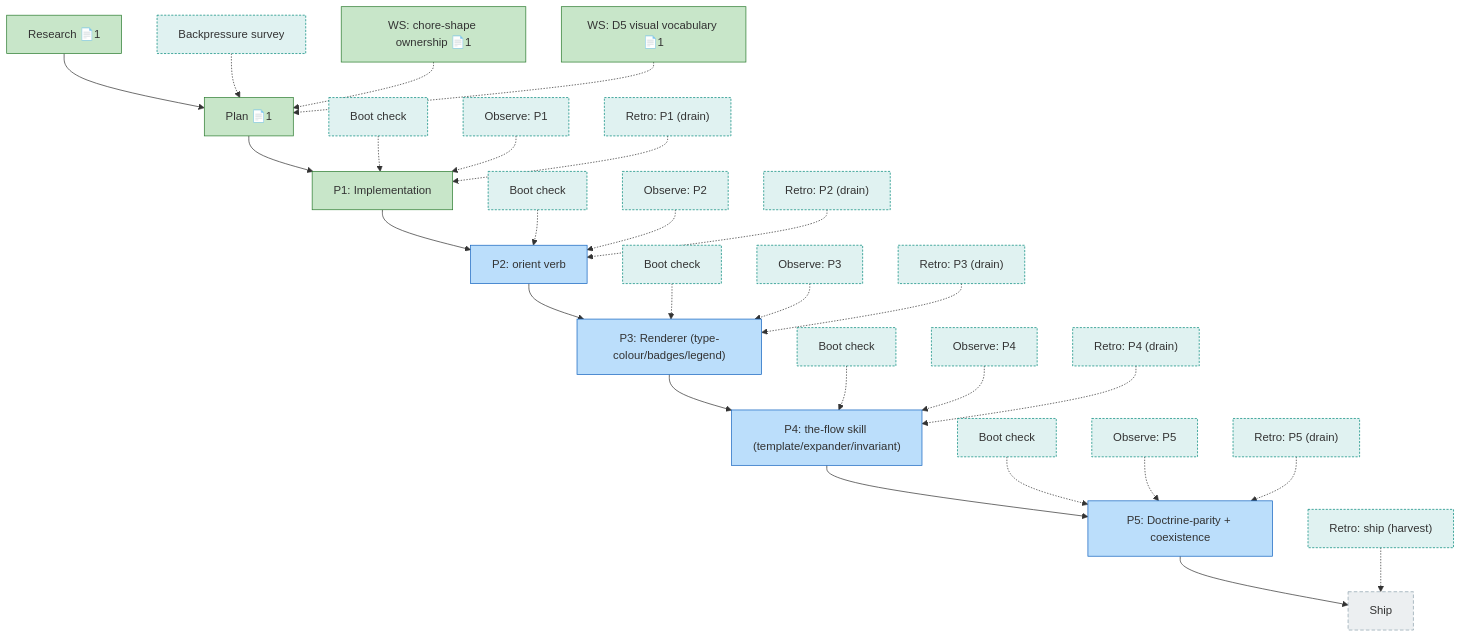
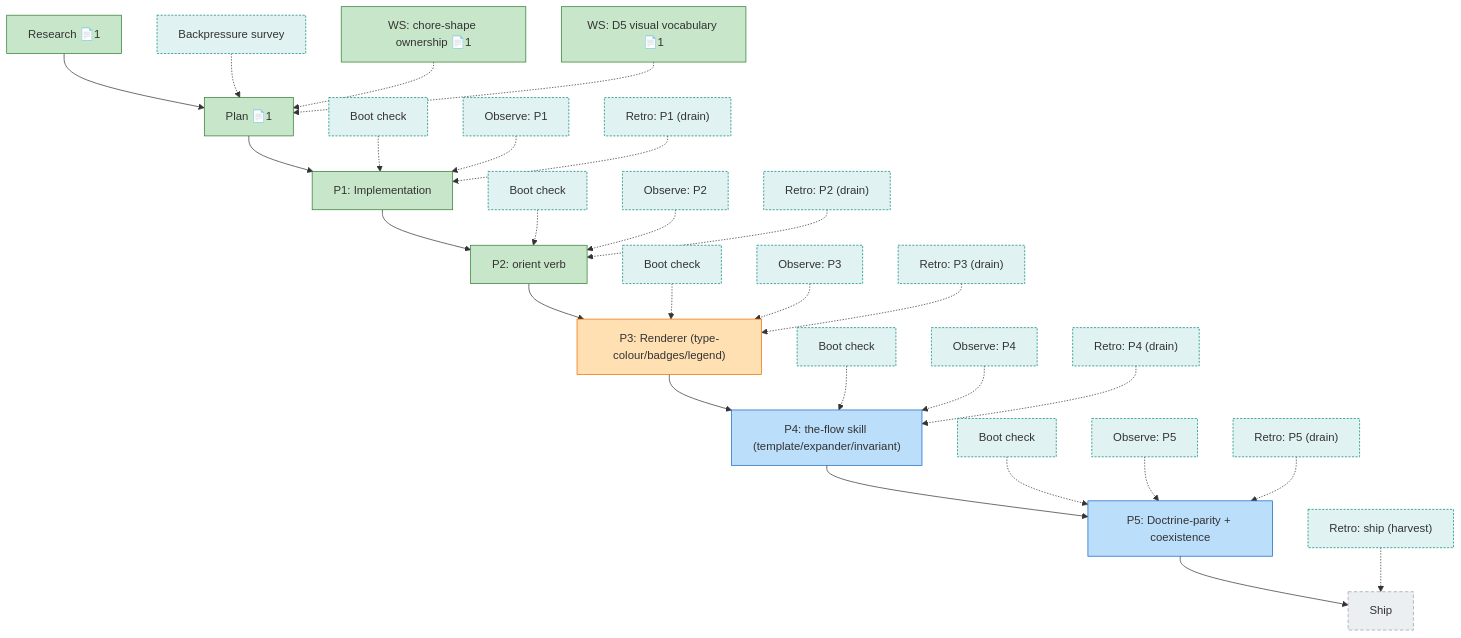
Before and after one commit to AI-Substrate/harness-engineering: the diagram in docs/plans/040-flow-template-orient-instructions/the-flow.md, drawn with Mermaid. The commit also changed other lines of this file and 1 other file, not shown here.

Commit message:
chore(flow-040): advance flight plan — P2 (orient) done, P3 (renderer) in_progress
Orchestrator the-flow-engine write (CLI is sole writer). P2 dual-verified:
coder TDD + cross-model codex Dim-0 (only the new regression test flips).

````diff
--- a/docs/plans/040-flow-template-orient-instructions/the-flow.md
+++ b/docs/plans/040-flow-template-orient-instructions/the-flow.md
@@ -8,71 +8,71 @@
 ```mermaid
 flowchart TD
     research["Research 📄1"]:::done
     plan["Plan 📄1"]:::done
     phase_1["P1: Implementation"]:::done
     ship["Ship"]:::assumed
-    phase_2["P2: orient verb"]:::known
-    phase_3["P3: Renderer (type-colour/badges/legend)"]:::known
+    phase_2["P2: orient verb"]:::done
+    phase_3["P3: Renderer (type-colour/badges/legend)"]:::wip
     phase_4["P4: the-flow skill (template/expander/invariant)"]:::known
     phase_5["P5: Doctrine-parity + coexistence"]:::known
 
     research --> plan
     plan --> phase_1
     phase_1 --> phase_2
     phase_2 --> phase_3
     phase_3 --> phase_4
     phase_4 --> phase_5
     phase_5 --> ship
 
     backpressure["Backpressure survey"]:::chore
     boot_1["Boot check"]:::chore
     observe_1["Observe: P1"]:::chore
     retro_1["Retro: P1 (drain)"]:::chore
     retro_ship["Retro: ship (harvest)"]:::chore
     ws_coexistence["WS: chore-shape ownership 📄1"]:::done
     ws_visual["WS: D5 visual vocabulary 📄1"]:::done
     boot_2["Boot check"]:::chore
     observe_2["Observe: P2"]:::chore
     retro_2["Retro: P2 (drain)"]:::chore
     boot_3["Boot check"]:::chore
     observe_3["Observe: P3"]:::chore
     retro_3["Retro: P3 (drain)"]:::chore
     boot_4["Boot check"]:::chore
     observe_4["Observe: P4"]:::chore
     retro_4["Retro: P4 (drain)"]:::chore
     boot_5["Boot check"]:::chore
     observe_5["Observe: P5"]:::chore
     retro_5["Retro: P5 (drain)"]:::chore
     backpressure -.-> plan
     boot_1 -.-> phase_1
     observe_1 -.-> phase_1
     retro_1 -.-> phase_1
     retro_ship -.-> ship
     ws_coexistence -.-> plan
     ws_visual -.-> plan
     boot_2 -.-> phase_2
     observe_2 -.-> phase_2
     retro_2 -.-> phase_2
     boot_3 -.-> phase_3
     observe_3 -.-> phase_3
     retro_3 -.-> phase_3
     boot_4 -.-> phase_4
     observe_4 -.-> phase_4
     retro_4 -.-> phase_4
     boot_5 -.-> phase_5
     observe_5 -.-> phase_5
     retro_5 -.-> phase_5
 
     classDef done fill:#C8E6C9,stroke:#2E7D32;
     classDef wip fill:#FFE0B2,stroke:#EF6C00;
     classDef blocked fill:#FFCDD2,stroke:#C62828;
     classDef known fill:#BBDEFB,stroke:#1565C0;
     classDef assumed fill:#ECEFF1,stroke:#90A4AE,stroke-dasharray:5 3;
     classDef said fill:#FFF9C4,stroke:#F9A825;
     classDef harness fill:#EDE7F6,stroke:#673AB7;
     classDef decision fill:#FFF3E0,stroke:#FB8C00,stroke-dasharray:2 2;
     classDef companion fill:#D1C4E9,stroke:#5E35B1;
     classDef worker fill:#B2DFDB,stroke:#00897B;
     classDef chore fill:#E0F2F1,stroke:#00897B,stroke-dasharray:3 2;
     classDef unknown fill:#FAFAFA,stroke:#BDBDBD,stroke-dasharray:1 4;
 ```
````
